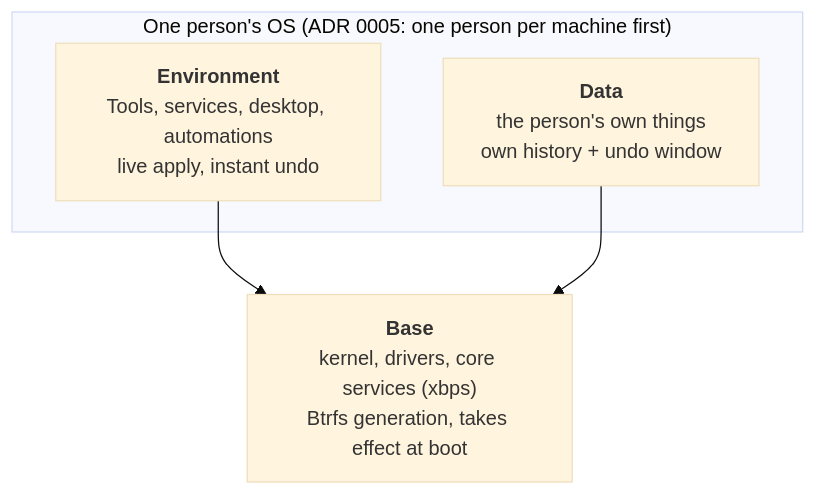
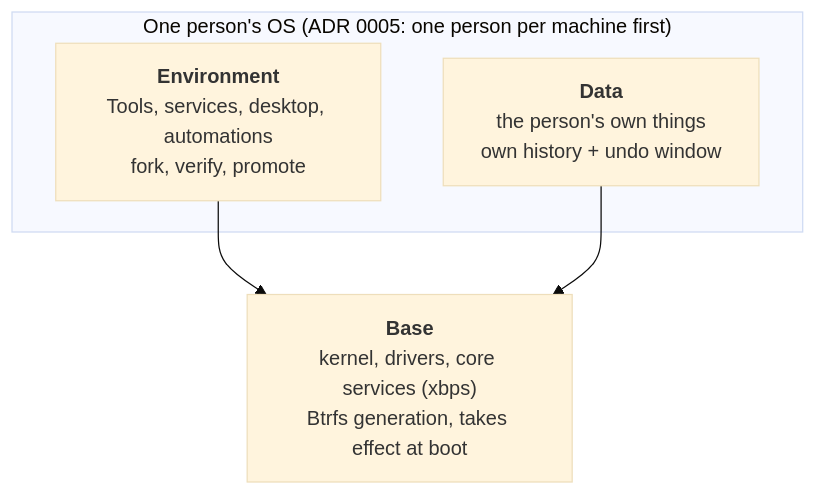
One commit to crowbaros/crowbaros changed the second of 6 diagrams in docs/agent-first/design/state-and-apply-engine.md. Above: the diagram before and after it, drawn with Mermaid (base theme). The commit also changed other lines of this file and 25 other files, not shown here.

````diff
--- a/docs/agent-first/design/state-and-apply-engine.md
+++ b/docs/agent-first/design/state-and-apply-engine.md
@@ -180,10 +300,10 @@
 ```mermaid
 flowchart TB
     subgraph PERSON["One person's OS (ADR 0005: one person per machine first)"]
-        ENV["<b>Environment</b><br/>Tools, services, desktop, automations<br/>live apply, instant undo"]
+        ENV["<b>Environment</b><br/>Tools, services, desktop, automations<br/>fork, verify, promote"]
         DATA["<b>Data</b><br/>the person's own things<br/>own history + undo window"]
     end
     BASE["<b>Base</b><br/>kernel, drivers, core services (xbps)<br/>Btrfs generation, takes effect at boot"]
     ENV --> BASE
     DATA --> BASE
 ```
````
